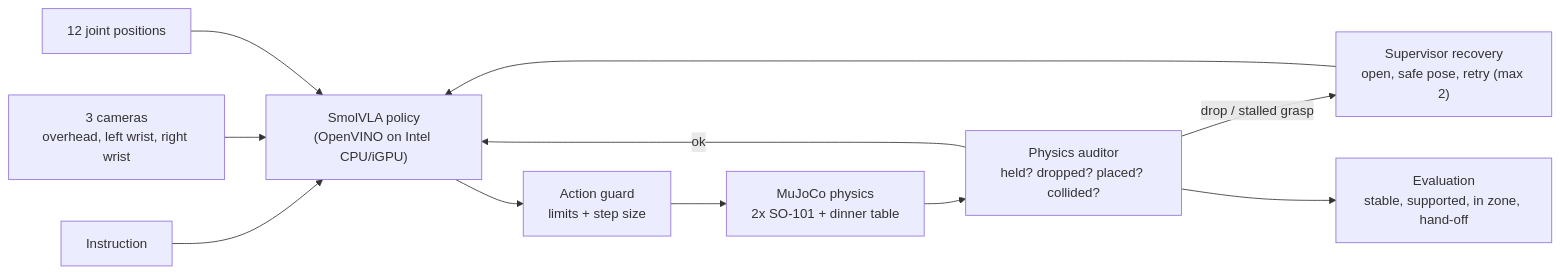
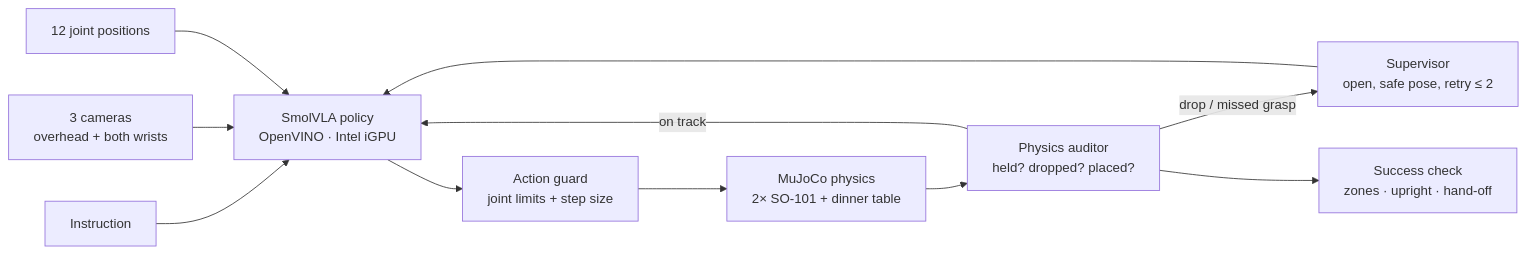
The diagram in README.md (Hamza-Atiq/rescuehandsAI), drawn with Mermaid before and after one commit. The commit also changed other lines of this file and 2 other files, not shown here.

Commit message:
README for judges: task, architecture, workload placement, hardware optimization, measured results, reproduce

````diff
--- a/README.md
+++ b/README.md
@@ -40,13 +37,13 @@
 ```mermaid
 flowchart LR
   I["Instruction"] --> P
-  C["3 cameras<br/>overhead, left wrist, right wrist"] --> P
+  C["3 cameras<br/>overhead + both wrists"] --> P
   S["12 joint positions"] --> P
-  P["SmolVLA policy<br/>(OpenVINO on Intel CPU/iGPU)"] --> G["Action guard<br/>limits + step size"]
-  G --> M["MuJoCo physics<br/>2x SO-101 + dinner table"]
-  M --> A["Physics auditor<br/>held? dropped? placed? collided?"]
-  A -->|ok| P
-  A -->|drop / stalled grasp| R["Supervisor recovery<br/>open, safe pose, retry (max 2)"]
+  P["SmolVLA policy<br/>OpenVINO · Intel iGPU"] --> G["Action guard<br/>joint limits + step size"]
+  G --> M["MuJoCo physics<br/>2× SO-101 + dinner table"]
+  M --> A["Physics auditor<br/>held? dropped? placed?"]
+  A -->|on track| P
+  A -->|drop / missed grasp| R["Supervisor<br/>open, safe pose, retry ≤ 2"]
   R --> P
-  A --> E["Evaluation<br/>stable, supported, in zone, hand-off"]
+  A --> E["Success check<br/>zones · upright · hand-off"]
 ```
````
